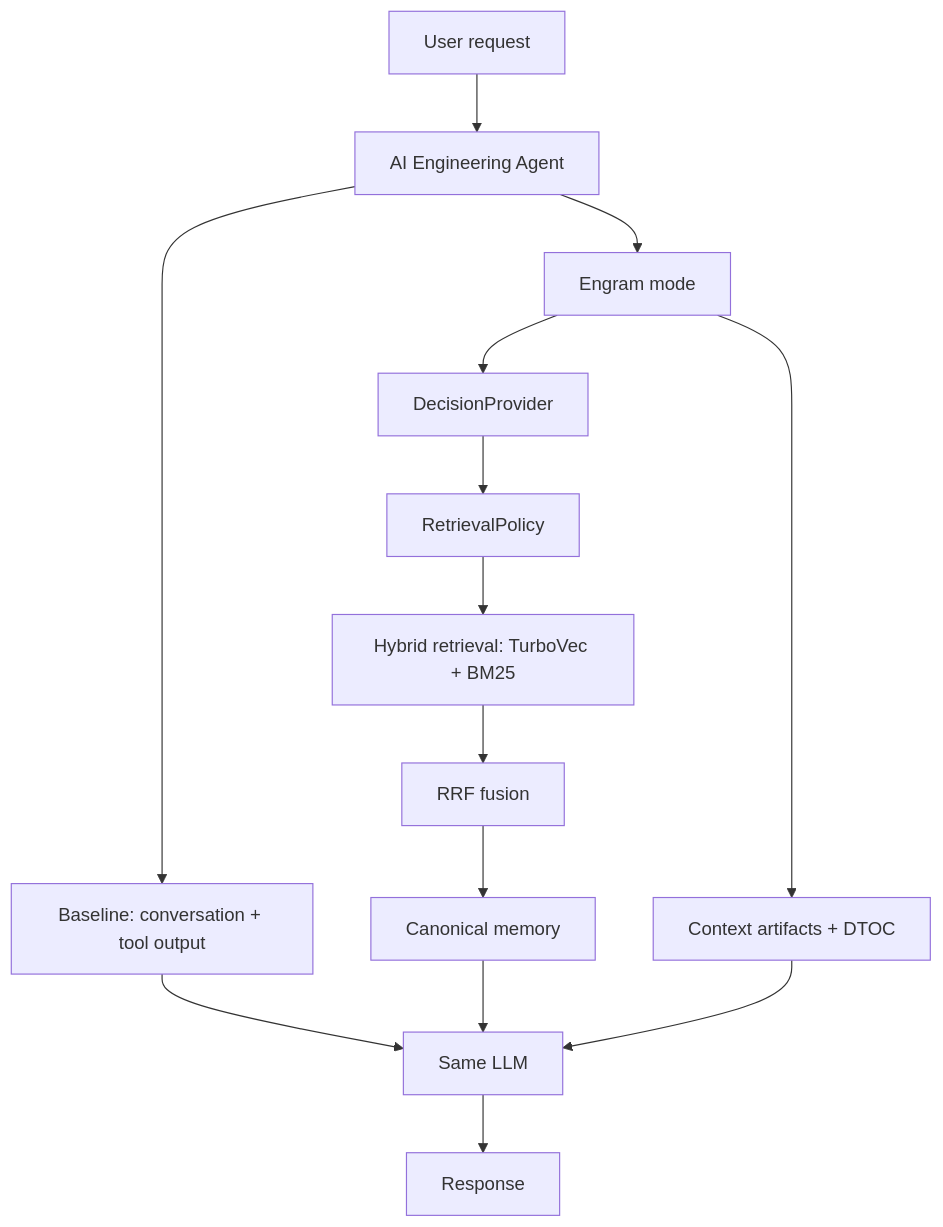
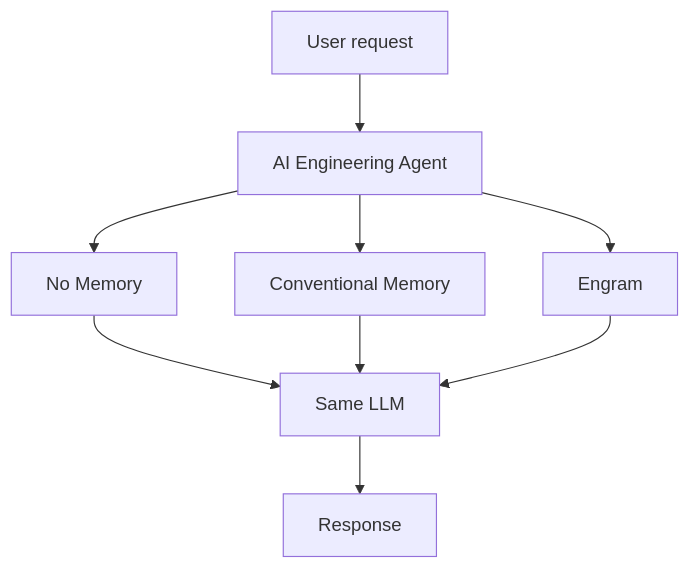
Before and after one commit to VEDANTDHAVAN/Engram: the diagram in docs/DEMO.md, drawn with Mermaid. The commit also changed other lines of this file and 19 other files, not shown here.

First line of the commit message:
feat: Implement three-way memory architecture comparison

````diff
--- a/docs/DEMO.md
+++ b/docs/DEMO.md
@@ -9,14 +13,11 @@
 ```mermaid
 flowchart TB
     U["User request"] --> A["AI Engineering Agent"]
-    A --> B["Baseline: conversation + tool output"]
-    A --> E["Engram mode"]
-    E --> D["DecisionProvider"] --> P["RetrievalPolicy"]
-    P --> R["Hybrid retrieval: TurboVec + BM25"] --> F["RRF fusion"]
-    F --> M["Canonical memory"]
-    E --> C["Context artifacts + DTOC"]
-    B --> L["Same LLM"]
-    M --> L
+    A --> N["No Memory"]
+    A --> C["Conventional Memory"]
+    A --> E["Engram"]
+    N --> L["Same LLM"]
     C --> L
+    E --> L
     L --> O["Response"]
 ```
````
